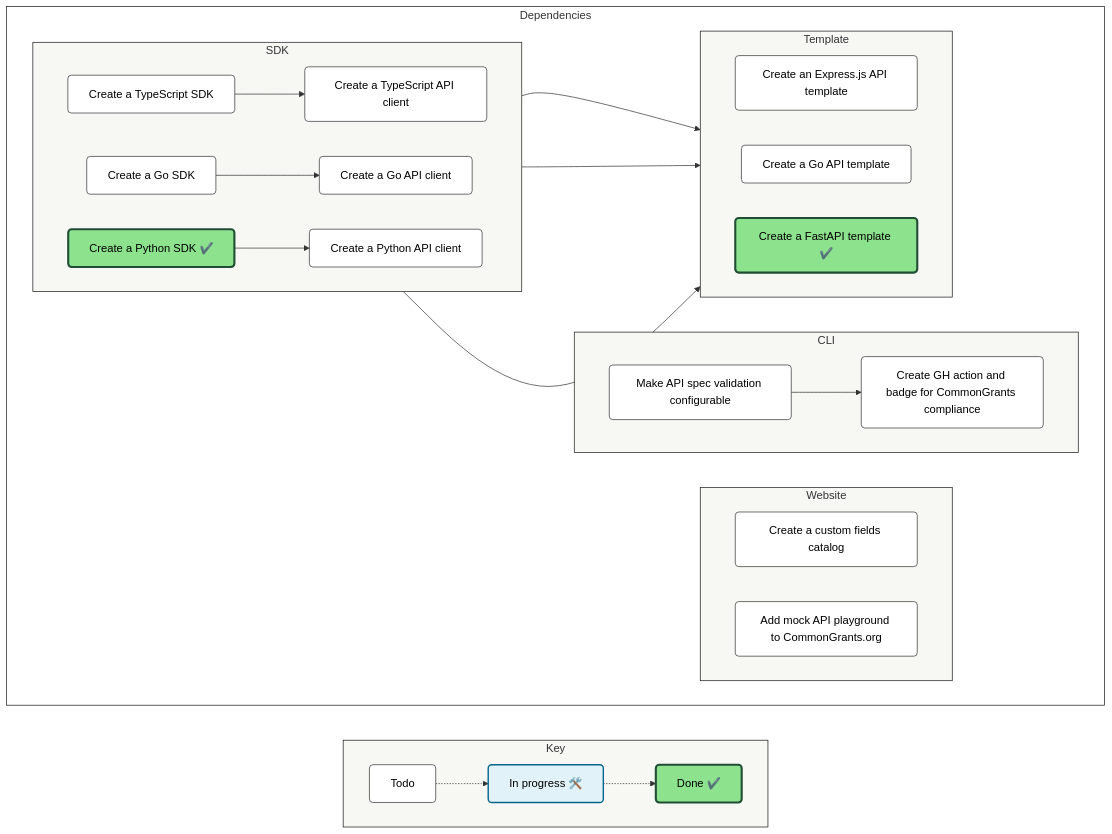
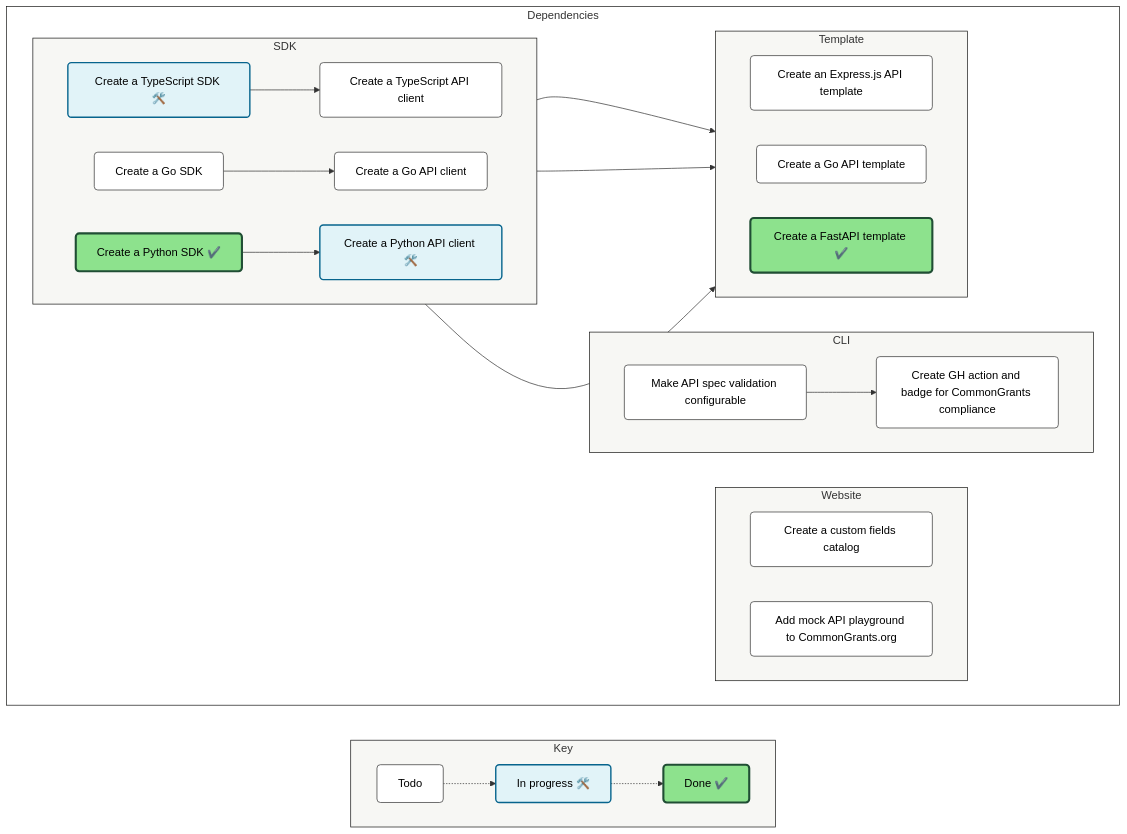
Before and after one commit to HHS/simpler-grants-protocol: the diagram in README.md, drawn with Mermaid. The commit also changed 1 other file, not shown here.

Commit message:
Fix `deps-mapping-repo.yml` skip logic (#409)
* Fix `deps-mapping-repo.yml` skip logic
  Remove conditional check for pull_request event on the run script step.
* docs: Update README with dependency diagram

---------

````diff
--- a/README.md
+++ b/README.md
@@ -43,83 +43,83 @@
 ```mermaid
 
 flowchart LR
 
   %% ─────────────────────────────
   %% Styles
   %% ─────────────────────────────
   classDef default fill:#fff,stroke:#333,stroke-width:1px,color:#000,rx:5,ry:5
   classDef InProgress fill:#e1f3f8,stroke:#07648d,stroke-width:2px,color:#000
   classDef Done fill:#8DE28D,stroke:#204e34,stroke-width:3px,color:#000
   style Canvas fill:transparent,stroke:#171716
   style Legend fill:#F7F7F4,stroke:#171716
   style sdk fill:#F7F7F4,stroke:#171716
   style website fill:#F7F7F4,stroke:#171716
   style cli fill:#F7F7F4,stroke:#171716
   style template fill:#F7F7F4,stroke:#171716
 
   %% ─────────────────────────────
   %% Legend
   %% ─────────────────────────────
   subgraph Legend["Key"]
     direction LR
     k1["Todo"]
     k2["In progress 🛠️ "]:::InProgress
     k3["Done ✔️"]:::Done
 
     k1 -.-> k2 -.-> k3
   end
 
   %% ─────────────────────────────
   %% Main canvas
   %% ─────────────────────────────
   subgraph Canvas["Dependencies"]
     direction LR
 
 
     subgraph sdk["SDK"]
     direction LR
-        HHS/simpler-grants-protocol#321["Create a TypeScript SDK"]
+        HHS/simpler-grants-protocol#321["Create a TypeScript SDK 🛠️"]:::InProgress
         HHS/simpler-grants-protocol#323["Create a Go SDK"]
-        HHS/simpler-grants-protocol#324["Create a Python API client"]
+        HHS/simpler-grants-protocol#324["Create a Python API client 🛠️"]:::InProgress
         HHS/simpler-grants-protocol#328["Create a TypeScript API client"]
         HHS/simpler-grants-protocol#329["Create a Go API client"]
         HHS/simpler-grants-protocol#342["Create a Python SDK ✔️"]:::Done
     end
 
 
     subgraph website["Website"]
     direction LR
         HHS/simpler-grants-protocol#330["Create a custom fields catalog"]
         HHS/simpler-grants-protocol#334["Add mock API playground to CommonGrants.org"]
     end
 
 
     subgraph cli["CLI"]
     direction LR
         HHS/simpler-grants-protocol#331["Make API spec validation configurable"]
         HHS/simpler-grants-protocol#335["Create GH action and badge for CommonGrants compliance"]
     end
 
 
     subgraph template["Template"]
     direction LR
         HHS/simpler-grants-protocol#332["Create an Express.js API template"]
         HHS/simpler-grants-protocol#333["Create a Go API template"]
         HHS/simpler-grants-protocol#343["Create a FastAPI template ✔️"]:::Done
     end
 
 
     %% ─────────────────────────────
     %% Relationships
     %% ─────────────────────────────
     HHS/simpler-grants-protocol#321 --> HHS/simpler-grants-protocol#332
     HHS/simpler-grants-protocol#321 --> HHS/simpler-grants-protocol#328
     HHS/simpler-grants-protocol#323 --> HHS/simpler-grants-protocol#333
     HHS/simpler-grants-protocol#323 --> HHS/simpler-grants-protocol#329
     HHS/simpler-grants-protocol#331 --> HHS/simpler-grants-protocol#335
     HHS/simpler-grants-protocol#342 --> HHS/simpler-grants-protocol#343
     HHS/simpler-grants-protocol#342 --> HHS/simpler-grants-protocol#324
 
   end
 
 ```
````
